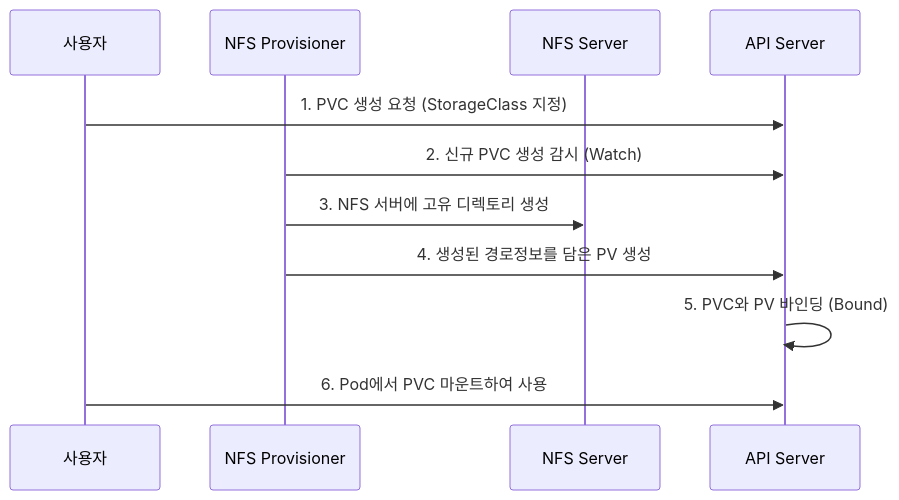
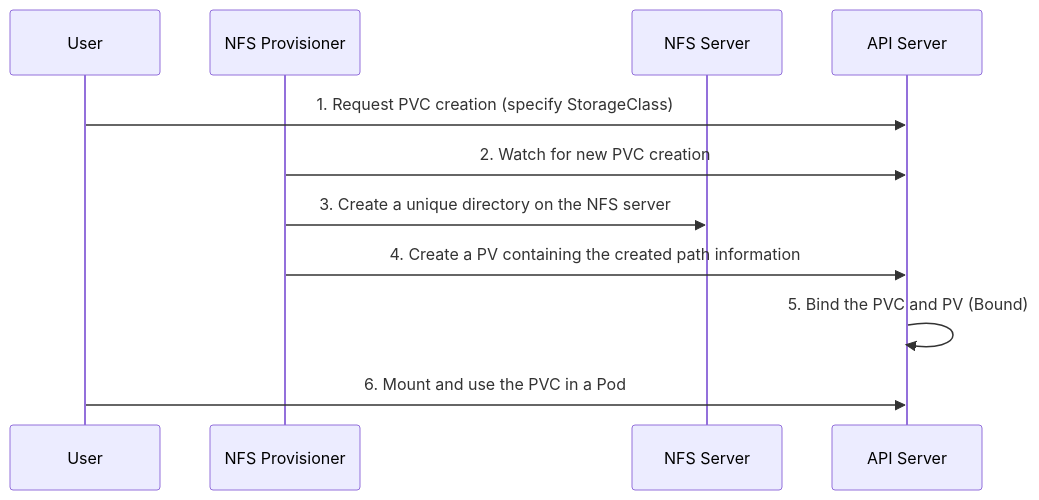
Before and after one commit to jeonck/k8s-adv: the second of 2 diagrams in content/labs/24-nfs-provisioner-yaml.md, drawn with Mermaid. The commit also changed other lines of this file and 223 other files, not shown here.

````diff
--- a/content/labs/24-nfs-provisioner-yaml.md
+++ b/content/labs/24-nfs-provisioner-yaml.md
@@ -46,14 +46,14 @@
 ```mermaid
 sequenceDiagram
-    participant U as 사용자
+    participant U as User
     participant P as NFS Provisioner
     participant S as NFS Server
     participant A as API Server
     
-    U->>A: 1. PVC 생성 요청 (StorageClass 지정)
-    P->>A: 2. 신규 PVC 생성 감시 (Watch)
-    P->>S: 3. NFS 서버에 고유 디렉토리 생성
-    P->>A: 4. 생성된 경로정보를 담은 PV 생성
-    A->>A: 5. PVC와 PV 바인딩 (Bound)
-    U->>A: 6. Pod에서 PVC 마운트하여 사용
+    U->>A: 1. Request PVC creation (specify StorageClass)
+    P->>A: 2. Watch for new PVC creation
+    P->>S: 3. Create a unique directory on the NFS server
+    P->>A: 4. Create a PV containing the created path information
+    A->>A: 5. Bind the PVC and PV (Bound)
+    U->>A: 6. Mount and use the PVC in a Pod
 ```
````
